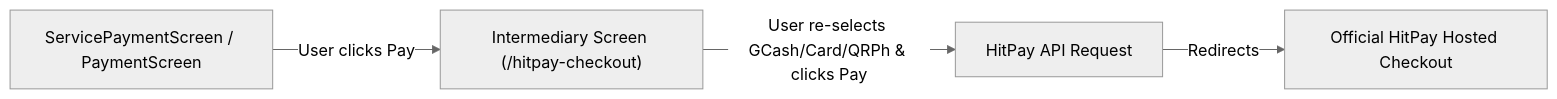
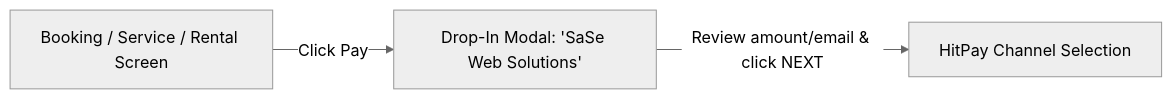
The first of 2 diagrams in direct-hitpay-payment-plan.md (sasetin42/RidersBUD), drawn with Mermaid (neutral theme) before and after one commit. The commit also changed other lines of this file and 43 other files, not shown here.

Commit message:
feat: integrate native HitPay payment flow, updated APK v1.0.9 release, financial settings, and payment verification handling

````diff
--- a/direct-hitpay-payment-plan.md
+++ b/direct-hitpay-payment-plan.md
@@ -11,6 +11,5 @@
 ```mermaid
 flowchart LR
-    A[ServicePaymentScreen / PaymentScreen] -->|User clicks Pay| B["Intermediary Screen (/hitpay-checkout)"]
-    B -->|User re-selects GCash/Card/QRPh & clicks Pay| C["HitPay API Request"]
-    C -->|Redirects| D["Official HitPay Hosted Checkout"]
+    A[Booking / Service / Rental Screen] -->|Click Pay| B["Drop-In Modal: 'SaSe Web Solutions'"]
+    B -->|Review amount/email & click NEXT| C["HitPay Channel Selection"]
 ```
````
